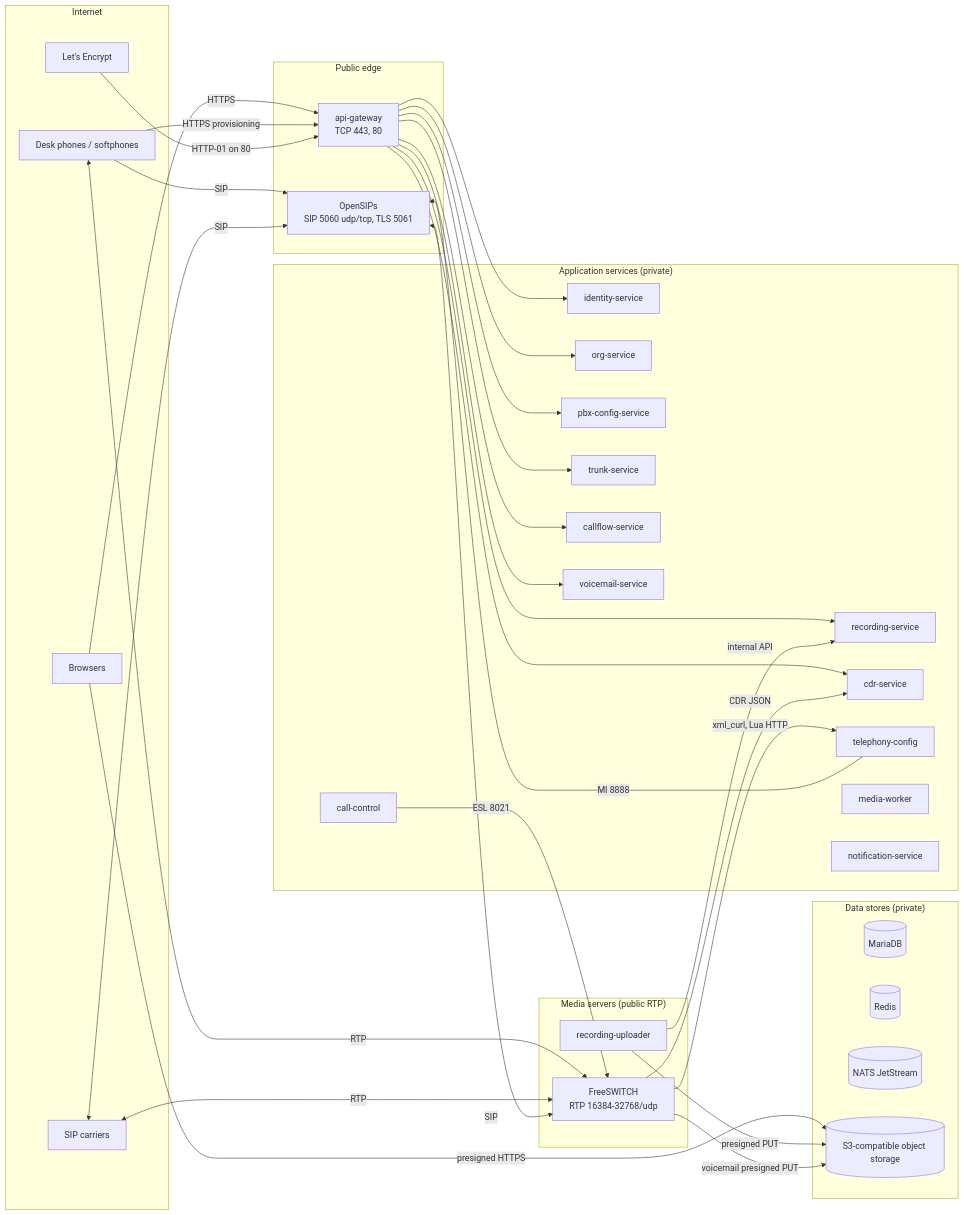
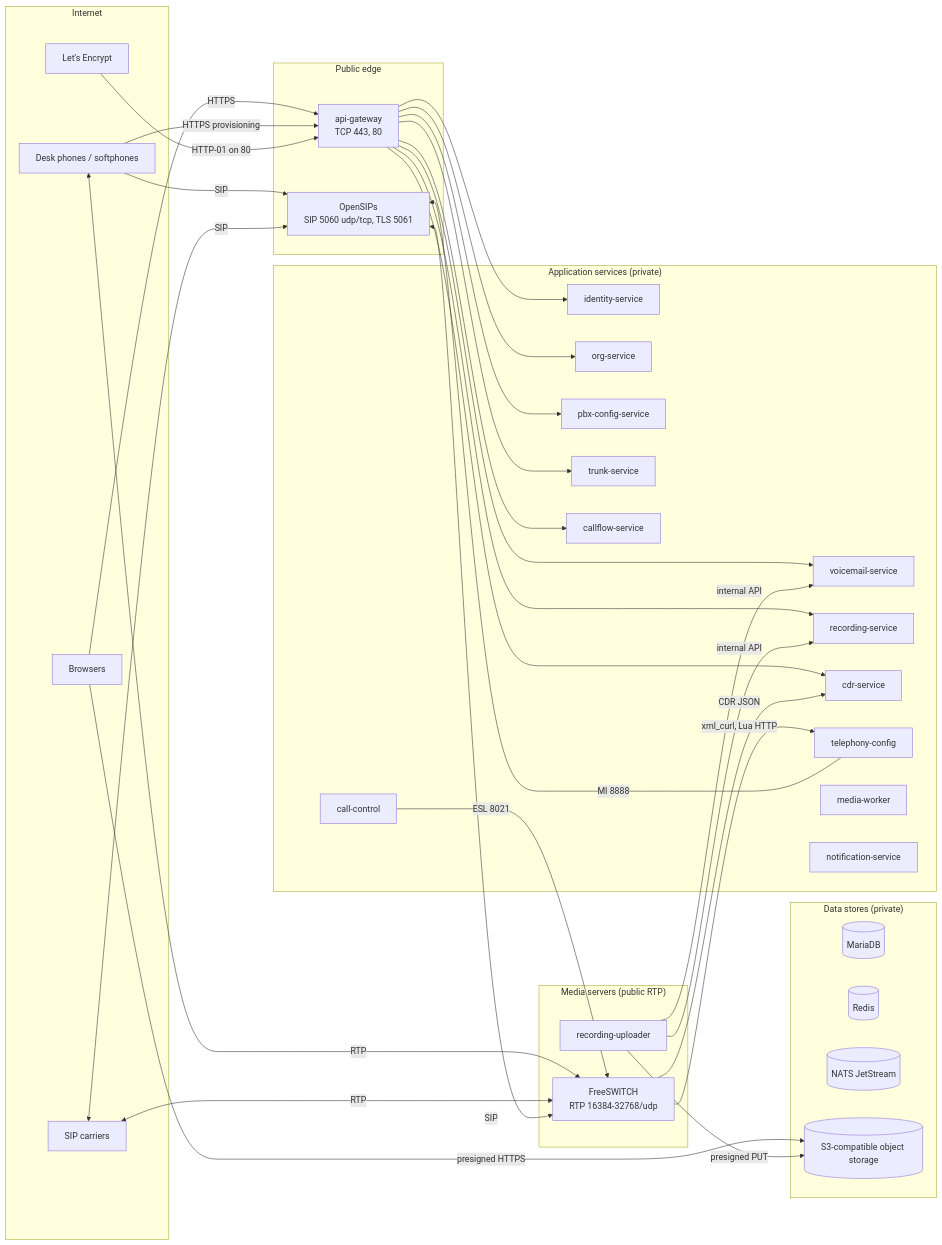
The diagram in docs/operations/components.md (conductor-uc/conductor-uc), drawn with Mermaid before and after one commit. The commit also changed other lines of this file and 12 other files, not shown here.

````diff
--- a/docs/operations/components.md
+++ b/docs/operations/components.md
@@ -7,60 +7,59 @@
 ```mermaid
 flowchart LR
   subgraph Internet
     phone[Desk phones / softphones]
     carrier[SIP carriers]
     browser[Browsers]
     le[Let's Encrypt]
   end
 
   subgraph Edge["Public edge"]
     gw[api-gateway<br/>TCP 443, 80]
     osips[OpenSIPs<br/>SIP 5060 udp/tcp, TLS 5061]
   end
 
   subgraph Media["Media servers (public RTP)"]
     fs[FreeSWITCH<br/>RTP 16384-32768/udp]
     up[recording-uploader]
   end
 
   subgraph App["Application services (private)"]
     identity[identity-service]
     org[org-service]
     pbx[pbx-config-service]
     trunk[trunk-service]
     callflow[callflow-service]
     vm[voicemail-service]
     rec[recording-service]
     cdr[cdr-service]
     tc[telephony-config]
     cc[call-control]
     mw[media-worker]
     notif[notification-service]
   end
 
   subgraph Data["Data stores (private)"]
     db[(MariaDB)]
     redis[(Redis)]
     nats[(NATS JetStream)]
     s3[(S3-compatible object storage)]
   end
 
   browser -->|HTTPS| gw
   phone -->|HTTPS provisioning| gw
   le -->|HTTP-01 on 80| gw
   phone -->|SIP| osips
   carrier <-->|SIP| osips
   phone <-->|RTP| fs
   carrier <-->|RTP| fs
   browser -->|presigned HTTPS| s3
 
   gw --> identity & org & pbx & trunk & callflow & vm & rec & cdr
   osips <-->|SIP| fs
   fs -->|xml_curl, Lua HTTP| tc
   fs -->|CDR JSON| cdr
   cc -->|ESL 8021| fs
   tc -->|MI 8888| osips
-  up -->|internal API| rec
+  up -->|internal API| rec & vm
   up -->|presigned PUT| s3
-  fs -->|voicemail presigned PUT| s3
 ```
````
